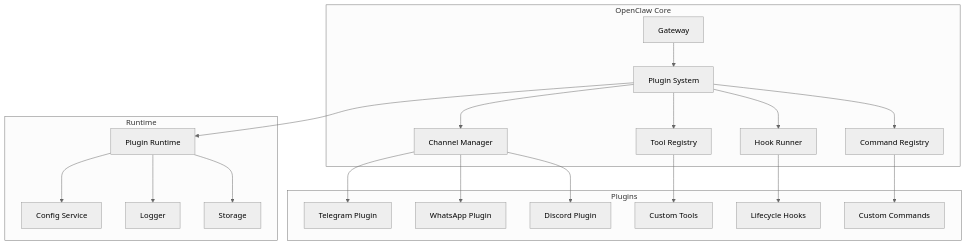
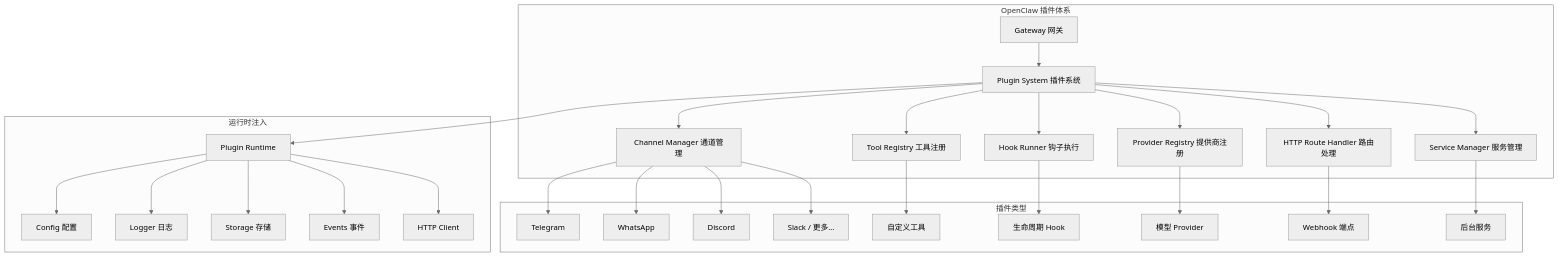
Before and after one commit to caicongyang/bloger: the first of 3 diagrams in openclaw/OPENCLAW-PLUGINS.md, drawn with Mermaid (neutral theme). The commit also changed other lines of this file and 13 other files, not shown here.

````diff
--- a/openclaw/OPENCLAW-PLUGINS.md
+++ b/openclaw/OPENCLAW-PLUGINS.md
@@ -56,26 +38,33 @@
 ```mermaid
 graph TB
-    subgraph "OpenClaw Core"
-        A[Gateway] --> B[Plugin System]
-        B --> C[Channel Manager]
-        B --> D[Tool Registry]
-        B --> E[Hook Runner]
-        B --> F[Command Registry]
+    subgraph "OpenClaw 插件体系"
+        A[Gateway 网关] --> B[Plugin System 插件系统]
+        B --> C[Channel Manager 通道管理]
+        B --> D[Tool Registry 工具注册]
+        B --> E[Hook Runner 钩子执行]
+        B --> F[Provider Registry 提供商注册]
+        B --> G[HTTP Route Handler 路由处理]
+        B --> H[Service Manager 服务管理]
     end
     
-    subgraph "Plugins"
-        C --> G[Telegram Plugin]
-        C --> H[WhatsApp Plugin]
-        C --> I[Discord Plugin]
-        D --> J[Custom Tools]
-        E --> K[Lifecycle Hooks]
-        F --> L[Custom Commands]
+    subgraph "插件类型"
+        C --> C1[Telegram]
+        C --> C2[WhatsApp]
+        C --> C3[Discord]
+        C --> C4[Slack / 更多...]
+        D --> D1[自定义工具]
+        E --> E1[生命周期 Hook]
+        F --> F1[模型 Provider]
+        G --> G1[Webhook 端点]
+        H --> H1[后台服务]
     end
     
-    subgraph "Runtime"
-        B --> M[Plugin Runtime]
-        M --> N[Config Service]
-        M --> O[Logger]
-        M --> P[Storage]
+    subgraph "运行时注入"
+        B --> R[Plugin Runtime]
+        R --> R1[Config 配置]
+        R --> R2[Logger 日志]
+        R --> R3[Storage 存储]
+        R --> R4[Events 事件]
+        R --> R5[HTTP Client]
     end
 ```
````
